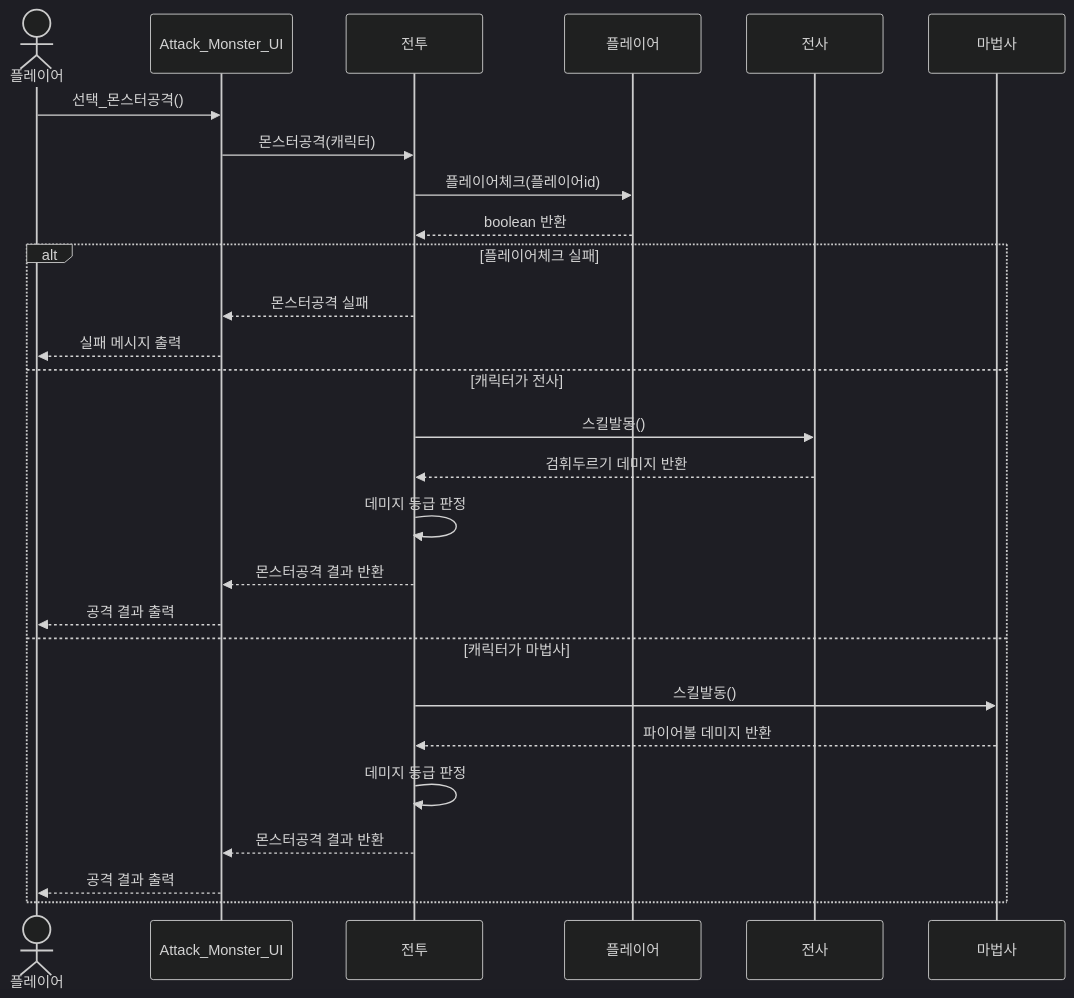
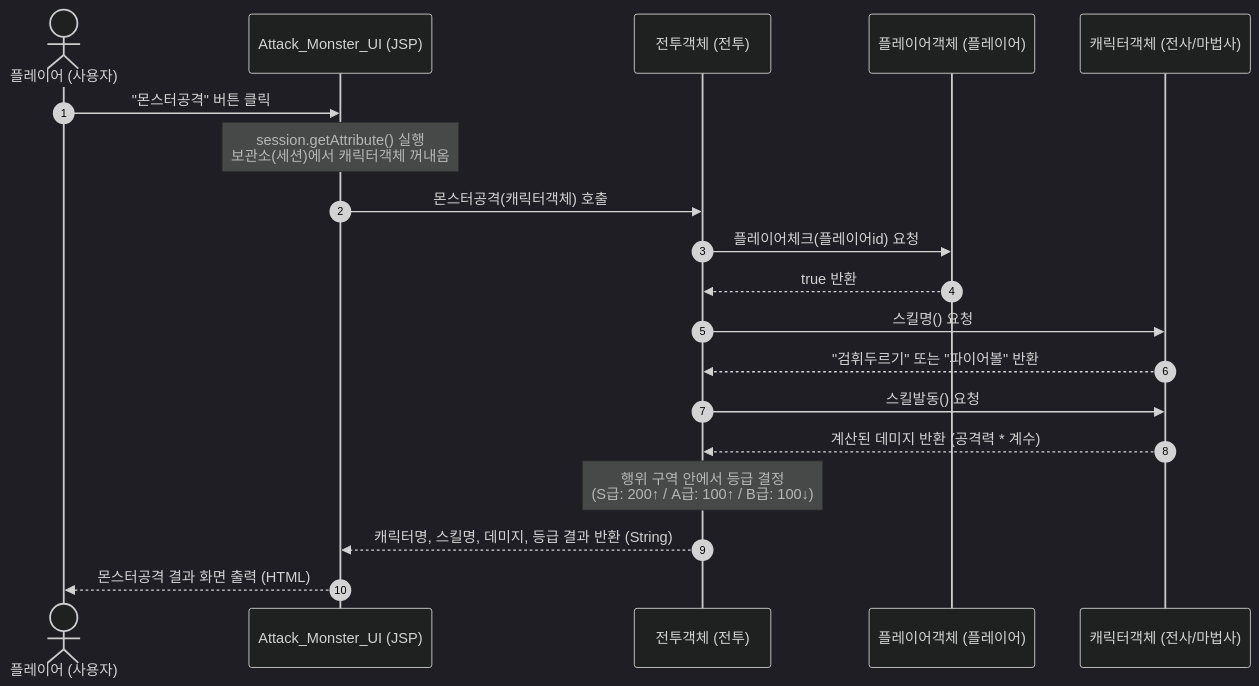
One commit to NJKung45029/DnF_Battle_A_06- changed the diagram in sequenceDiagram_monster.md. Above: the diagram before and after it, drawn with Mermaid (dark theme).

````diff
--- a/sequenceDiagram_monster.md
+++ b/sequenceDiagram_monster.md
@@ -3,32 +3,32 @@
 ```mermaid
 sequenceDiagram
-    actor 사용자 as 플레이어
-    participant UI as Attack_Monster_UI
-    participant Battle as 전투
-    participant Player as 플레이어
-    participant Warrior as 전사
-    participant Mage as 마법사
+    autonumber
+    actor Player as 플레이어 (사용자)
+    participant UI as Attack_Monster_UI (JSP)
+    participant Battle as 전투객체 (전투)
+    participant Chk as 플레이어객체 (플레이어)
+    participant Char as 캐릭터객체 (전사/마법사)
 
-    사용자->>UI: 선택_몬스터공격()
-    UI->>Battle: 몬스터공격(캐릭터)
-
-    Battle->>Player: 플레이어체크(플레이어id)
-    Player-->>Battle: boolean 반환
-
-    alt 플레이어체크 실패
-        Battle-->>UI: 몬스터공격 실패
-        UI-->>사용자: 실패 메시지 출력
-    else 캐릭터가 전사
-        Battle->>Warrior: 스킬발동()
-        Warrior-->>Battle: 검휘두르기 데미지 반환
-        Battle->>Battle: 데미지 등급 판정
-        Battle-->>UI: 몬스터공격 결과 반환
-        UI-->>사용자: 공격 결과 출력
-    else 캐릭터가 마법사
-        Battle->>Mage: 스킬발동()
-        Mage-->>Battle: 파이어볼 데미지 반환
-        Battle->>Battle: 데미지 등급 판정
-        Battle-->>UI: 몬스터공격 결과 반환
-        UI-->>사용자: 공격 결과 출력
-    end
+    Player ->> UI: "몬스터공격" 버튼 클릭
+    
+    note over UI: session.getAttribute() 실행<br/>보관소(세션)에서 캐릭터객체 꺼내옴
+    
+    %% 전투를 위해 캐릭터를 전투 클래스로 전달
+    UI ->> Battle: 몬스터공격(캐릭터객체) 호출
+    
+    %% 플레이어 체크
+    Battle ->> Chk: 플레이어체크(플레이어id) 요청
+    Chk -->> Battle: true 반환
+    
+    %% 전투 클래스 구역 안에서 캐릭터의 스킬 제어
+    Battle ->> Char: 스킬명() 요청
+    Char -->> Battle: "검휘두르기" 또는 "파이어볼" 반환
+    
+    Battle ->> Char: 스킬발동() 요청
+    Char -->> Battle: 계산된 데미지 반환 (공격력 * 계수)
+    
+    note over Battle: 행위 구역 안에서 등급 결정<br/>(S급: 200↑ / A급: 100↑ / B급: 100↓)
+    
+    Battle -->> UI: 캐릭터명, 스킬명, 데미지, 등급 결과 반환 (String)
+    UI -->> Player: 몬스터공격 결과 화면 출력 (HTML)
 ```
````
